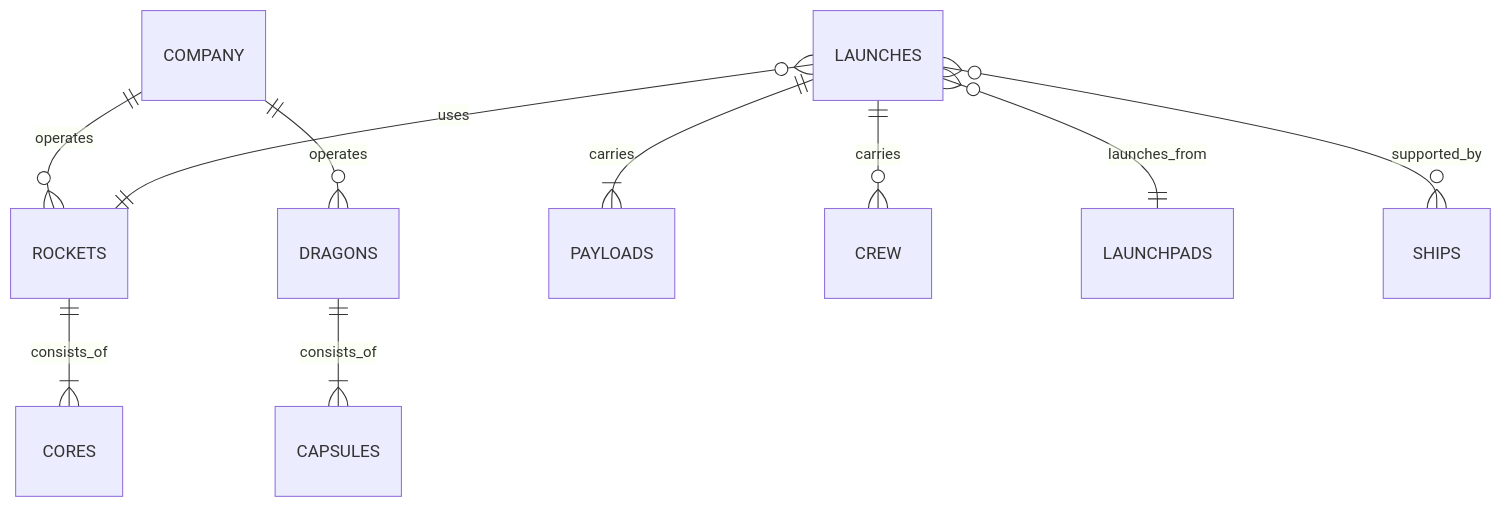
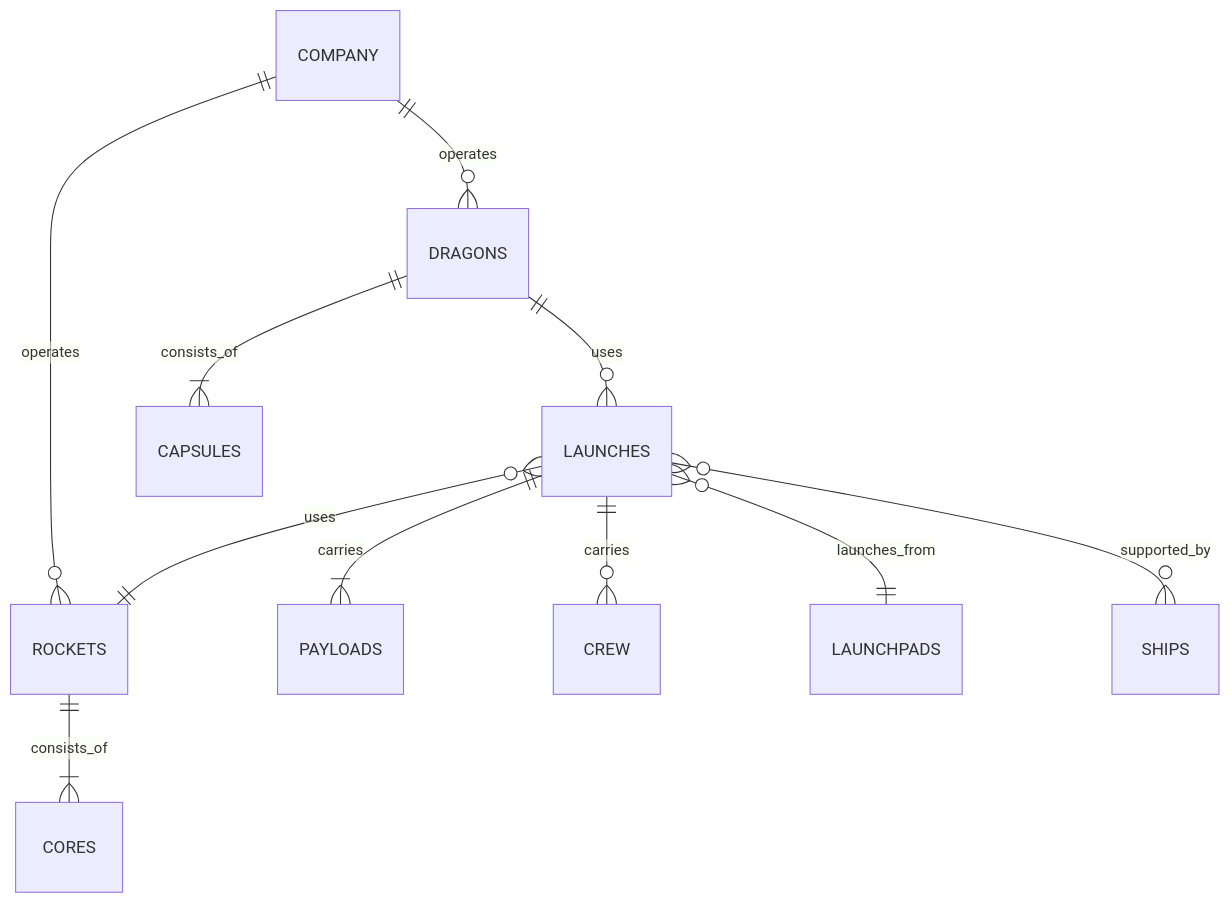
Before and after one commit to SiangbaMM/spacex_data_pipeline: the first of 5 diagrams in documents/spacex_data_model.md, drawn with Mermaid. The commit also changed other lines of this file and 5 other files, not shown here.

Commit message:
Doc : Update docs. to add rel. between launches and dragons

````diff
--- a/documents/spacex_data_model.md
+++ b/documents/spacex_data_model.md
@@ -41,12 +100,13 @@
 ```mermaid
 erDiagram
     COMPANY ||--o{ ROCKETS : operates
     COMPANY ||--o{ DRAGONS : operates
     LAUNCHES ||--|{ PAYLOADS : carries
     LAUNCHES ||--o{ CREW : carries
     LAUNCHES }o--|| ROCKETS : uses
+    DRAGONS ||--o{ LAUNCHES : uses
     LAUNCHES }o--|| LAUNCHPADS : launches_from
     LAUNCHES }o--o{ SHIPS : supported_by
     ROCKETS ||--|{ CORES : consists_of
     DRAGONS ||--|{ CAPSULES : consists_of
 ```
````
